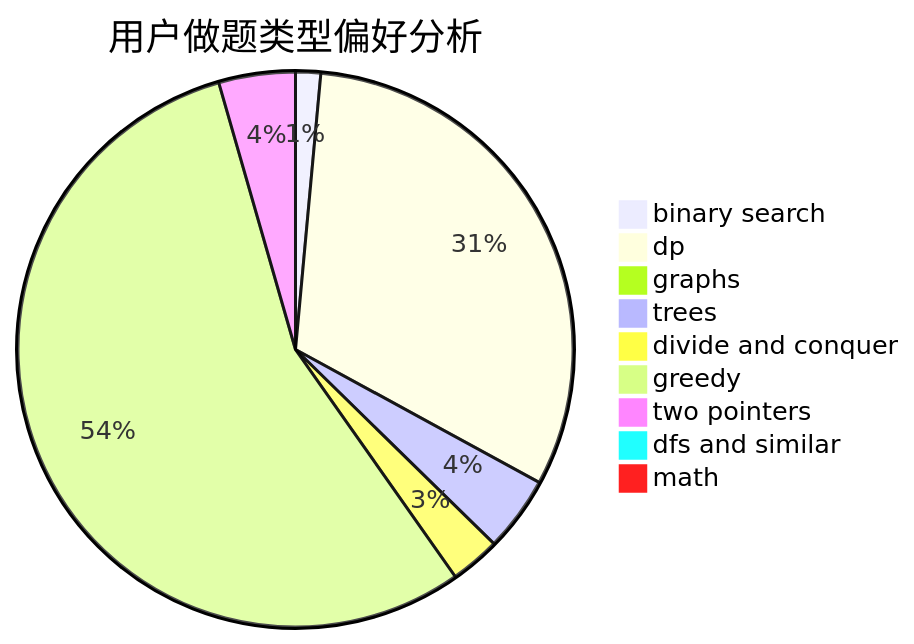
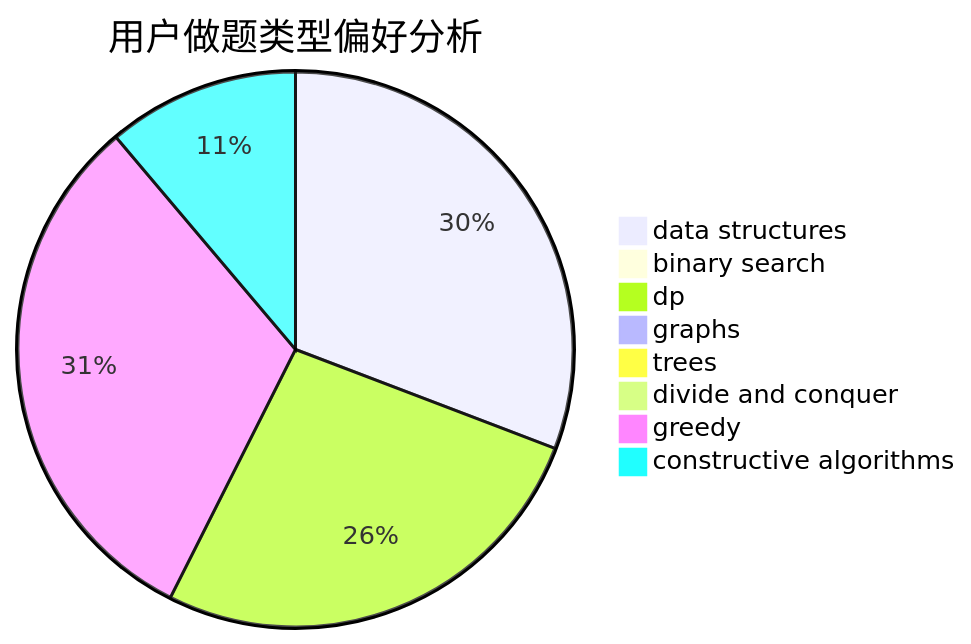
One commit to sherpahu/cfrs.github.io changed the second of 3 diagrams in docs/user/u1720.md. Above: the diagram before and after it, drawn with Mermaid. The commit also changed other lines of this file and 2775 other files, not shown here.

````diff
--- a/docs/user/u1720.md
+++ b/docs/user/u1720.md
@@ -23,12 +23,11 @@
 ```mermaid
 pie title 用户做题类型偏好分析
-    "binary search" :  19
-    "dp" :  410
-    "graphs" :  10
-    "trees" :  57
-    "divide and conquer" :  38
-    "greedy" :  720
-    "two pointers" :  58
-    "dfs and similar" :  6
-    "math" :  6
+    "data structures" :  408
+    "binary search" :  7
+    "dp" :  353
+    "graphs" :  7
+    "trees" :  3
+    "divide and conquer" :  3
+    "greedy" :  416
+    "constructive algorithms" :  148
 ```
````
